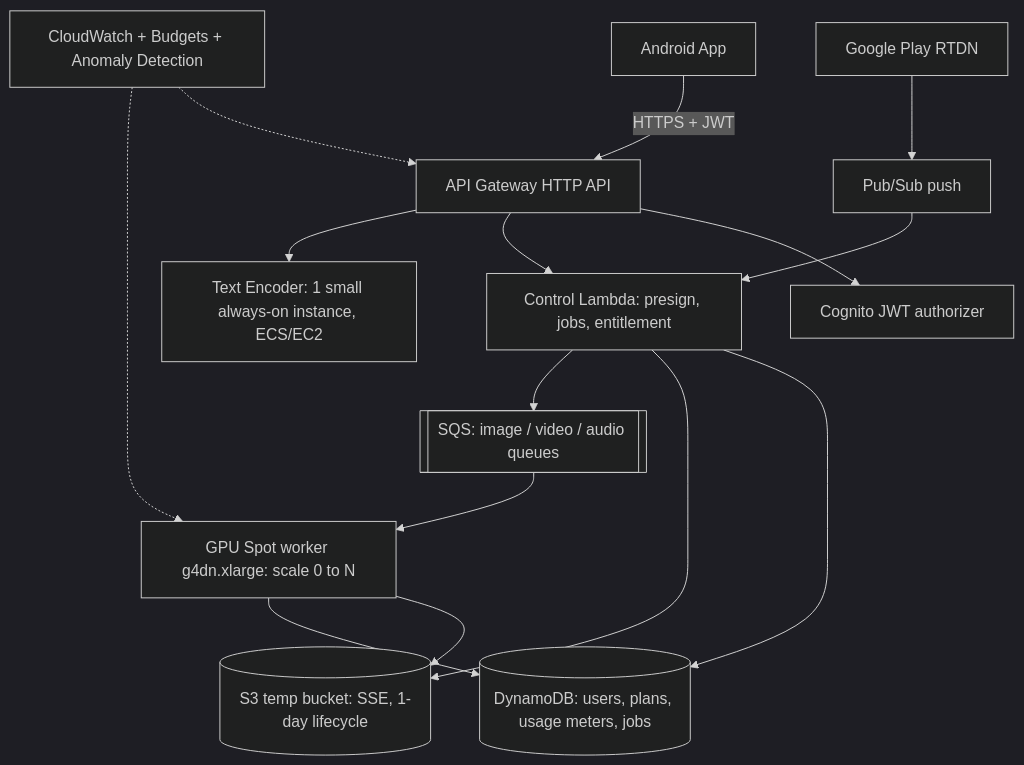
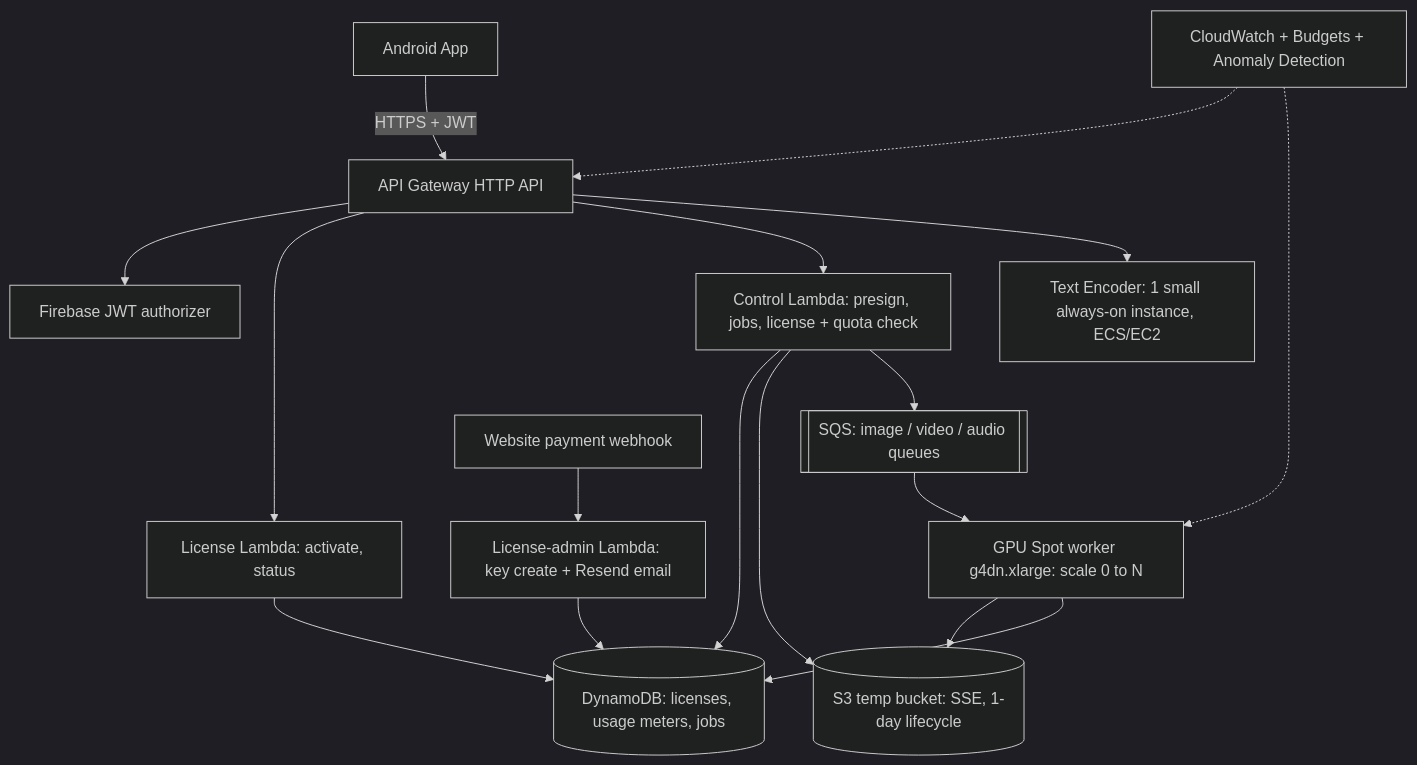
Before and after one commit to devxjitin/khojo-ai: the fifth of 12 diagrams in docs/Khojo_AI_Final_Blueprint_v2.2.md, drawn with Mermaid (dark theme). The commit also changed other lines of this file and 5 other files, not shown here.

First line of the commit message:
Docs: drop Play Store, ship by website APK + OTA + activation keys

````diff
--- a/docs/Khojo_AI_Final_Blueprint_v2.2.md
+++ b/docs/Khojo_AI_Final_Blueprint_v2.2.md
@@ -405,16 +407,18 @@
 ```mermaid
 flowchart TB
   APP[Android App] -->|HTTPS + JWT| GW[API Gateway HTTP API]
-  GW --> AUTH[Cognito JWT authorizer]
-  GW --> CTRL[Control Lambda: presign, jobs, entitlement]
-  CTRL --> DDB[(DynamoDB: users, plans, usage meters, jobs)]
+  GW --> AUTH[Firebase JWT authorizer]
+  GW --> LIC[License Lambda: activate, status]
+  GW --> CTRL[Control Lambda: presign, jobs, license + quota check]
+  LIC --> DDB
+  CTRL --> DDB[(DynamoDB: licenses, usage meters, jobs)]
   CTRL --> S3[(S3 temp bucket: SSE, 1-day lifecycle)]
   CTRL --> SQS[[SQS: image / video / audio queues]]
   GW --> TXT[Text Encoder: 1 small always-on instance, ECS/EC2]
   SQS --> BATCH[GPU Spot worker g4dn.xlarge: scale 0 to N]
   BATCH --> S3
   BATCH --> DDB
-  PLAY[Google Play RTDN] --> PUBSUB[Pub/Sub push] --> CTRL
+  PAY[Website payment webhook] --> ADM[License-admin Lambda: key create + Resend email] --> DDB
   CW[CloudWatch + Budgets + Anomaly Detection] -.-> GW
   CW -.-> BATCH
 ```
````
